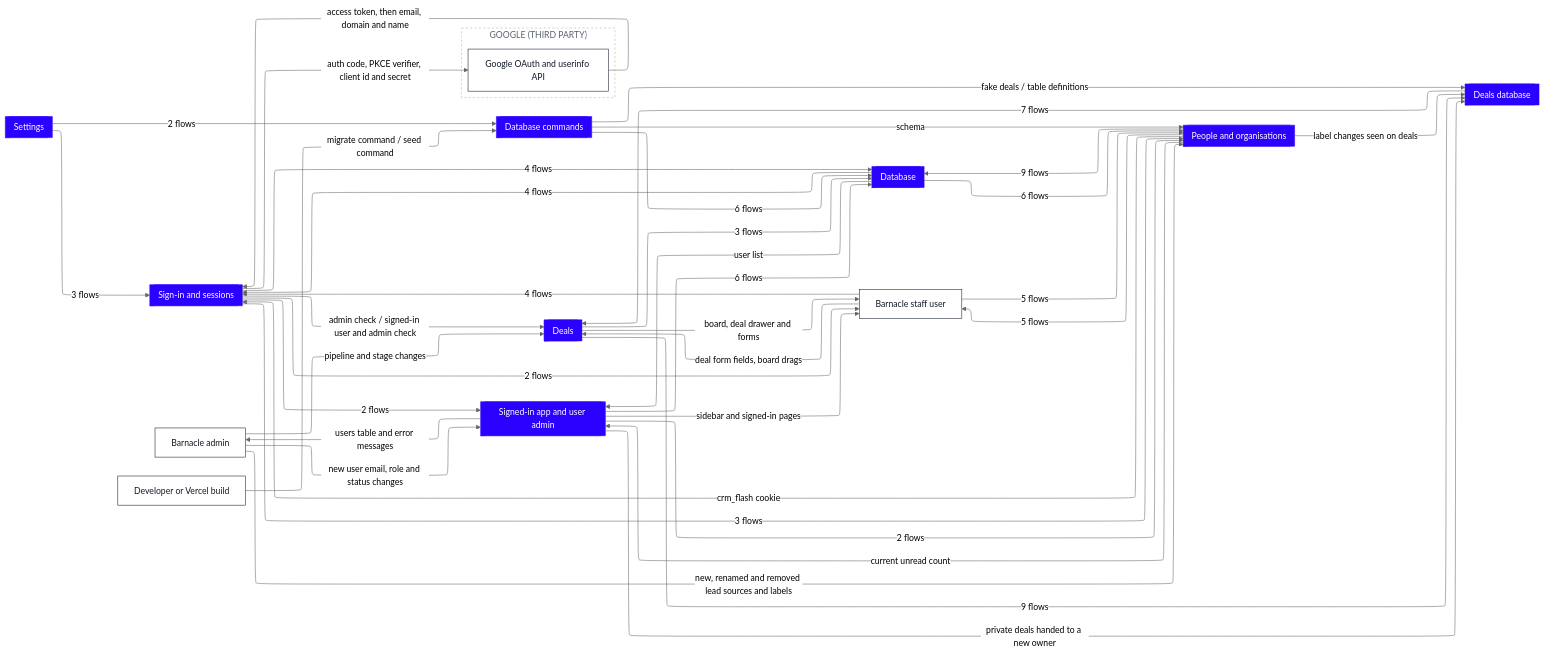
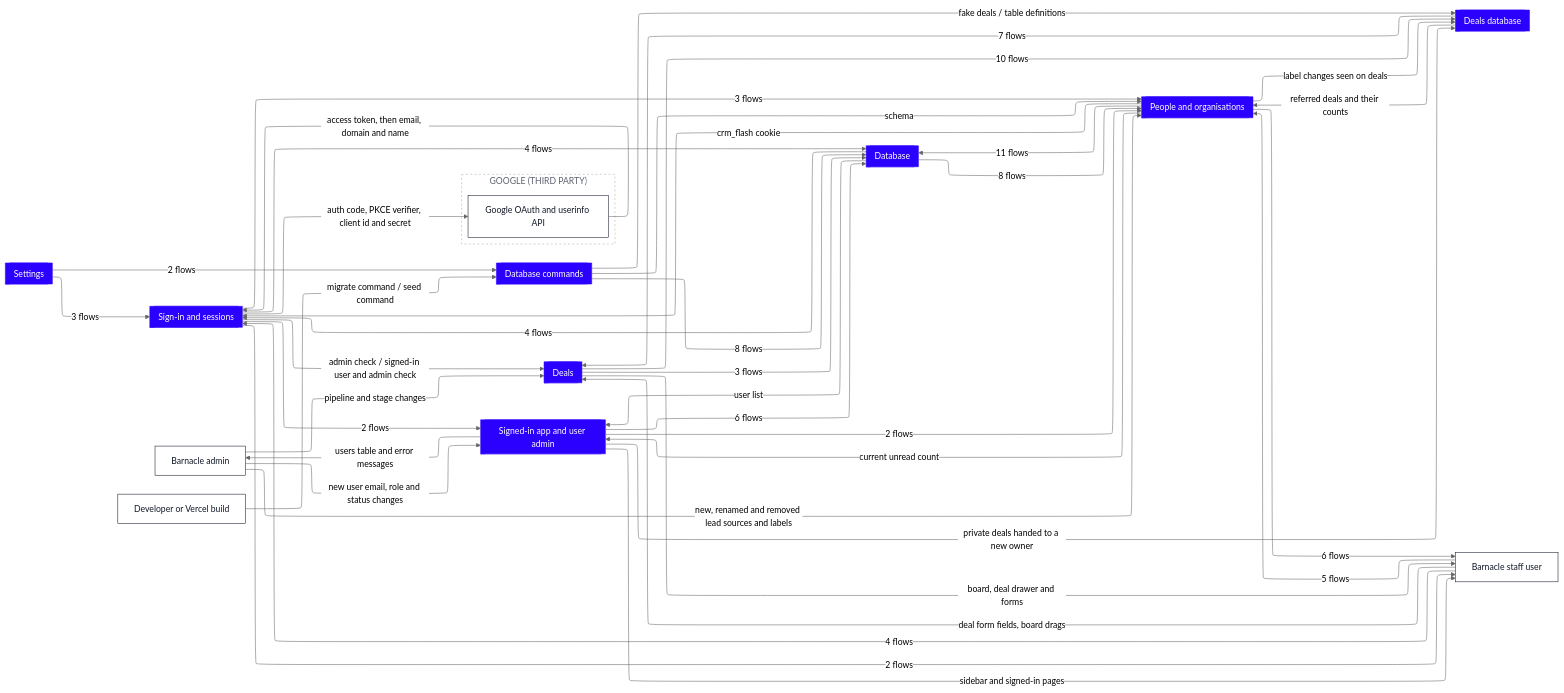
The first of 10 diagrams in dataflow/DATAFLOW.md (Romain-Perche/Barnacle-Pipe), drawn with Mermaid (neutral theme) before and after one commit. The commit also changed other lines of this file and 14 other files, not shown here.

````diff
--- a/dataflow/DATAFLOW.md
+++ b/dataflow/DATAFLOW.md
@@ -11,66 +11,67 @@
 ```mermaid
 ---
 config:
   layout: elk
 ---
 flowchart LR
     n1[["Database"]]
     n2[["Database commands"]]
     n3[["Deals"]]
     n4[["Deals database"]]
     n5[["People and organisations"]]
     n6[["Settings"]]
     n7[["Sign-in and sessions"]]
     n8[["Signed-in app and user admin"]]
     n9["Barnacle admin"]
     n10["Developer or Vercel build"]
     n11["Barnacle staff user"]
     subgraph z1["GOOGLE (THIRD PARTY)"]
         n12["Google OAuth and userinfo API"]
     end
     n9 -->|"new, renamed and removed lead sources and labels"| n5
     n9 -->|"pipeline and stage changes"| n3
     n9 -->|"new user email, role and status changes"| n8
+    n5 -->|"6 flows"| n11
     n8 -->|"2 flows"| n5
     n8 -->|"sidebar and signed-in pages"| n11
-    n5 -->|"9 flows"| n1
+    n5 -->|"11 flows"| n1
     n5 -->|"label changes seen on deals"| n4
-    n1 -->|"6 flows"| n5
+    n1 -->|"8 flows"| n5
     n7 -->|"4 flows"| n1
-    n5 -->|"5 flows"| n11
     n4 -->|"7 flows"| n3
-    n3 -->|"9 flows"| n4
+    n3 -->|"10 flows"| n4
     n3 -->|"3 flows"| n1
     n3 -->|"board, deal drawer and forms"| n11
+    n4 -->|"referred deals and their counts"| n5
     n10 -->|"migrate command / seed command"| n2
     n6 -->|"3 flows"| n7
     n6 -->|"2 flows"| n2
     n7 -->|"auth code, PKCE verifier, client id and secret"| n12
     n7 -->|"2 flows"| n11
     n12 -->|"access token, then email, domain and name"| n7
     n2 -->|"fake deals / table definitions"| n4
     n2 -->|"schema"| n5
-    n2 -->|"6 flows"| n1
+    n2 -->|"8 flows"| n1
     n5 -->|"current unread count"| n8
     n5 -->|"crm_flash cookie"| n7
+    n7 -->|"3 flows"| n5
     n7 -->|"2 flows"| n8
-    n7 -->|"3 flows"| n5
     n7 -->|"admin check / signed-in user and admin check"| n3
     n1 -->|"4 flows"| n7
     n11 -->|"5 flows"| n5
     n11 -->|"deal form fields, board drags"| n3
     n11 -->|"4 flows"| n7
     n8 -->|"users table and error messages"| n9
     n8 -->|"private deals handed to a new owner"| n4
     n8 -->|"6 flows"| n1
     n1 -->|"user list"| n8
     classDef actor fill:#FFFFFF,stroke:#111827,stroke-width:1px,color:#111827
     classDef process fill:#EDEAFF,stroke:#2B00FF,stroke-width:1.5px,color:#111827
     classDef store fill:#FAF6F1,stroke:#111827,stroke-width:1.5px,color:#111827
     classDef zone fill:#1A1A1A,stroke:#1A1A1A,color:#FFFFFF
     classDef group fill:#2B00FF,stroke:#2B00FF,color:#FFFFFF
     classDef stub fill:#FFFFFF,stroke:#2B00FF,stroke-width:1.5px,stroke-dasharray:5 4,color:#2B00FF
     class n9,n10,n11,n12 actor
     class n1,n2,n3,n4,n5,n6,n7,n8 group
     style z1 fill:#FFFFFF,stroke:#B9B2A8,stroke-dasharray:4 4,color:#5D6270
 ```
````
